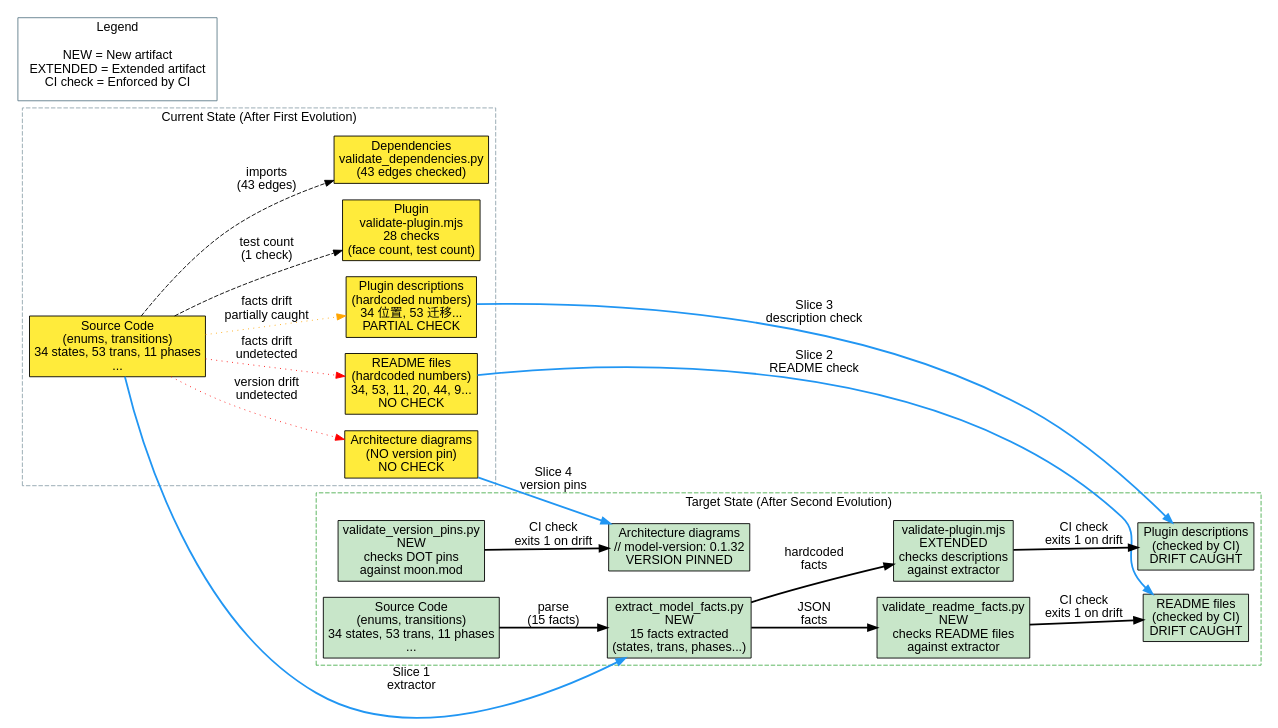
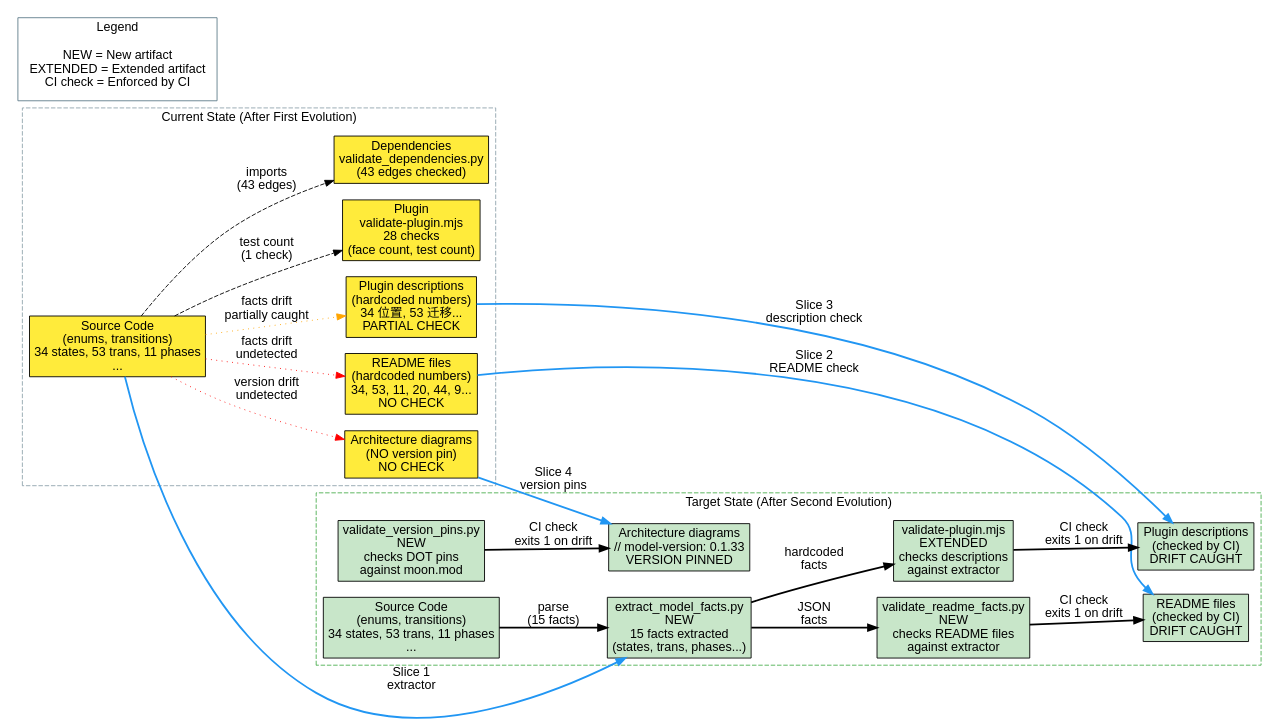
The diagram in architecture/architecture-evolution-v2.dot (riantr/pyroduct), drawn with Graphviz before and after one commit. The commit also changed 52 other files, not shown here.

```diff
--- a/architecture/architecture-evolution-v2.dot
+++ b/architecture/architecture-evolution-v2.dot
@@ -1,74 +1,74 @@
 // Model Fact Registry Evolution — Current vs Target State
 // Generated: 2026-10-11
 
-// model-version: 0.1.32
+// model-version: 0.1.33
 digraph EvolutionV2 {
   rankdir=LR;
   fontname="Arial";
   node [fontname="Arial", style=filled, fillcolor="#E3F2FD", shape=box];
   edge [fontname="Arial"];
   
   subgraph cluster_current {
     label="Current State (After First Evolution)";
     style=dashed;
     color="#90A4AE";
     fontname="Arial";
     
     node [fillcolor="#FFEB3B"];
     
     current_source [label="Source Code\n(enums, transitions)\n34 states, 53 trans, 11 phases\n..."];
     current_plugin [label="Plugin\nvalidate-plugin.mjs\n28 checks\n(face count, test count)"];
     current_deps [label="Dependencies\nvalidate_dependencies.py\n(43 edges checked)"];
     current_readme [label="README files\n(hardcoded numbers)\n34, 53, 11, 20, 44, 9...\nNO CHECK"];
     current_desc [label="Plugin descriptions\n(hardcoded numbers)\n34 位置, 53 迁移...\nPARTIAL CHECK"];
     current_diagrams [label="Architecture diagrams\n(NO version pin)\nNO CHECK"];
     
     current_source -> current_plugin [label="test count\n(1 check)", style=dashed];
     current_source -> current_deps [label="imports\n(43 edges)", style=dashed];
     current_source -> current_readme [label="facts drift\nundetected", style=dotted, color=red];
     current_source -> current_desc [label="facts drift\npartially caught", style=dotted, color=orange];
     current_source -> current_diagrams [label="version drift\nundetected", style=dotted, color=red];
   }
   
   subgraph cluster_target {
     label="Target State (After Second Evolution)";
     style=dashed;
     color="#4CAF50";
     fontname="Arial";
     
     node [fillcolor="#C8E6C9"];
     
     target_source [label="Source Code\n(enums, transitions)\n34 states, 53 trans, 11 phases\n..."];
     target_extractor [label="extract_model_facts.py\nNEW\n15 facts extracted\n(states, trans, phases...)"];
     target_readme_check [label="validate_readme_facts.py\nNEW\nchecks README files\nagainst extractor"];
     target_plugin_check [label="validate-plugin.mjs\nEXTENDED\nchecks descriptions\nagainst extractor"];
     target_version_check [label="validate_version_pins.py\nNEW\nchecks DOT pins\nagainst moon.mod"];
     target_readme [label="README files\n(checked by CI)\nDRIFT CAUGHT"];
     target_desc [label="Plugin descriptions\n(checked by CI)\nDRIFT CAUGHT"];
-    target_diagrams [label="Architecture diagrams\n// model-version: 0.1.32\nVERSION PINNED"];
+    target_diagrams [label="Architecture diagrams\n// model-version: 0.1.33\nVERSION PINNED"];
     
     target_source -> target_extractor [label="parse\n(15 facts)", style=bold];
     target_extractor -> target_readme_check [label="JSON\nfacts", style=bold];
     target_extractor -> target_plugin_check [label="hardcoded\nfacts", style=bold];
     target_readme_check -> target_readme [label="CI check\nexits 1 on drift", style=bold];
     target_plugin_check -> target_desc [label="CI check\nexits 1 on drift", style=bold];
     target_version_check -> target_diagrams [label="CI check\nexits 1 on drift", style=bold];
   }
   
   // Evolution arrows
   current_readme -> target_readme [label="Slice 2\nREADME check", style=bold, color="#2196F3"];
   current_desc -> target_desc [label="Slice 3\ndescription check", style=bold, color="#2196F3"];
   current_diagrams -> target_diagrams [label="Slice 4\nversion pins", style=bold, color="#2196F3"];
   current_source -> target_extractor [label="Slice 1\nextractor", style=bold, color="#2196F3"];
   
   // Legend
   subgraph cluster_legend {
     label="Legend";
     style=solid;
     color="#607D8B";
     fontname="Arial";
     node [shape=plaintext, fillcolor=white];
     
     legend_new [label="NEW = New artifact\nEXTENDED = Extended artifact\nCI check = Enforced by CI"];
   }
 }
```
